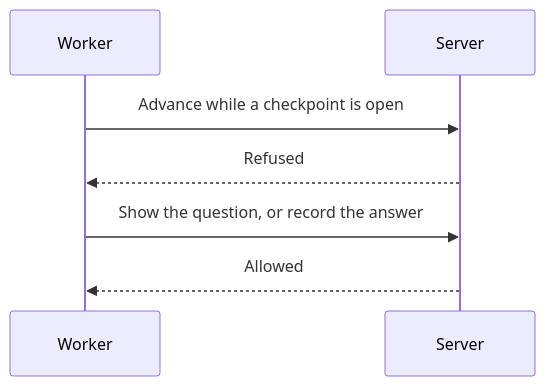
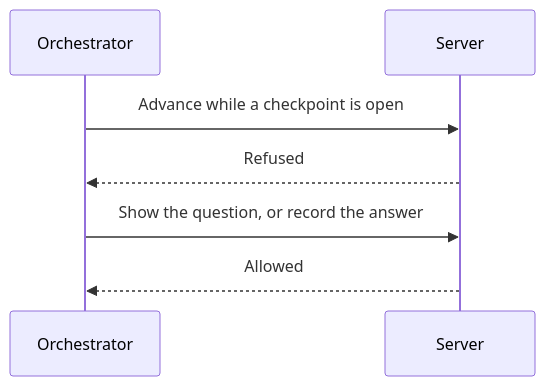
One commit to m2ux/workflow-server changed the fifth of 16 diagrams in docs/fidelity.md. Above: the diagram before and after it, drawn with Mermaid. The commit also changed other lines of this file and 17 other files, not shown here.

````diff
--- a/docs/fidelity.md
+++ b/docs/fidelity.md
@@ -88,9 +89,9 @@
 ```mermaid
 sequenceDiagram
-  participant Worker
+  participant Orchestrator
   participant Server
-  Worker->>Server: Advance while a checkpoint is open
-  Server-->>Worker: Refused
-  Worker->>Server: Show the question, or record the answer
-  Server-->>Worker: Allowed
+  Orchestrator->>Server: Advance while a checkpoint is open
+  Server-->>Orchestrator: Refused
+  Orchestrator->>Server: Show the question, or record the answer
+  Server-->>Orchestrator: Allowed
 ```
````
